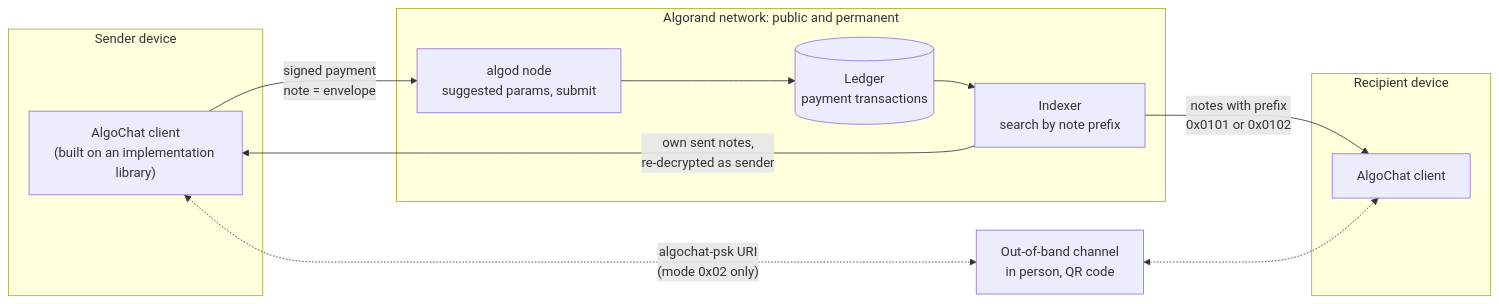
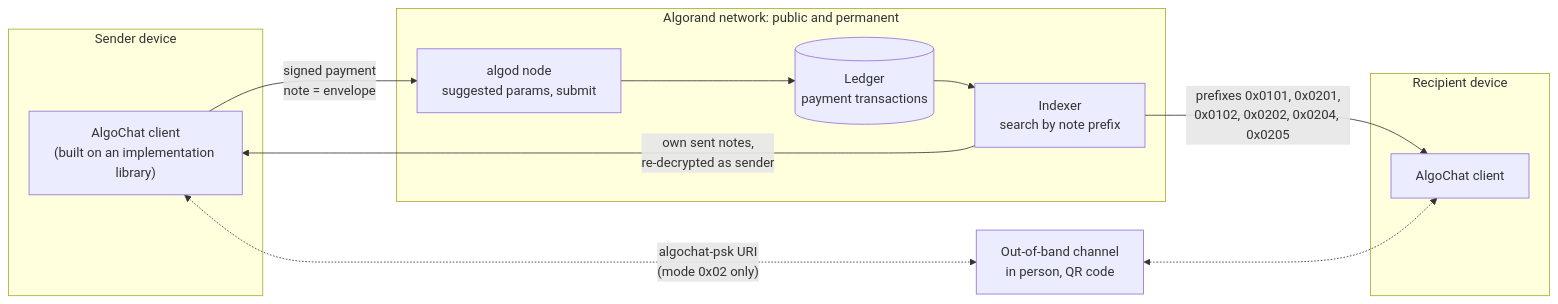
Before and after one commit to CorvidLabs/algochat: the first of 15 diagrams in docs/HLD.md, drawn with Mermaid. The commit also changed other lines of this file and 207 other files, not shown here.

````diff
--- a/docs/HLD.md
+++ b/docs/HLD.md
@@ -35,22 +35,22 @@
 ```mermaid
 flowchart LR
     subgraph devA["Sender device"]
         A["AlgoChat client<br/>(built on an implementation library)"]
     end
     subgraph devB["Recipient device"]
         B["AlgoChat client"]
     end
     OOB["Out-of-band channel<br/>in person, QR code"]
     subgraph algo["Algorand network: public and permanent"]
         ALGOD["algod node<br/>suggested params, submit"]
         LEDGER[("Ledger<br/>payment transactions")]
         IDX["Indexer<br/>search by note prefix"]
     end
     A -- "signed payment<br/>note = envelope" --> ALGOD
     ALGOD --> LEDGER
     LEDGER --> IDX
-    IDX -- "notes with prefix<br/>0x0101 or 0x0102" --> B
+    IDX -- "prefixes 0x0101, 0x0201,<br/>0x0102, 0x0202, 0x0204, 0x0205" --> B
     IDX -- "own sent notes,<br/>re-decrypted as sender" --> A
     A <-. "algochat-psk URI<br/>(mode 0x02 only)" .-> OOB
     OOB <-.-> B
 ```
````
